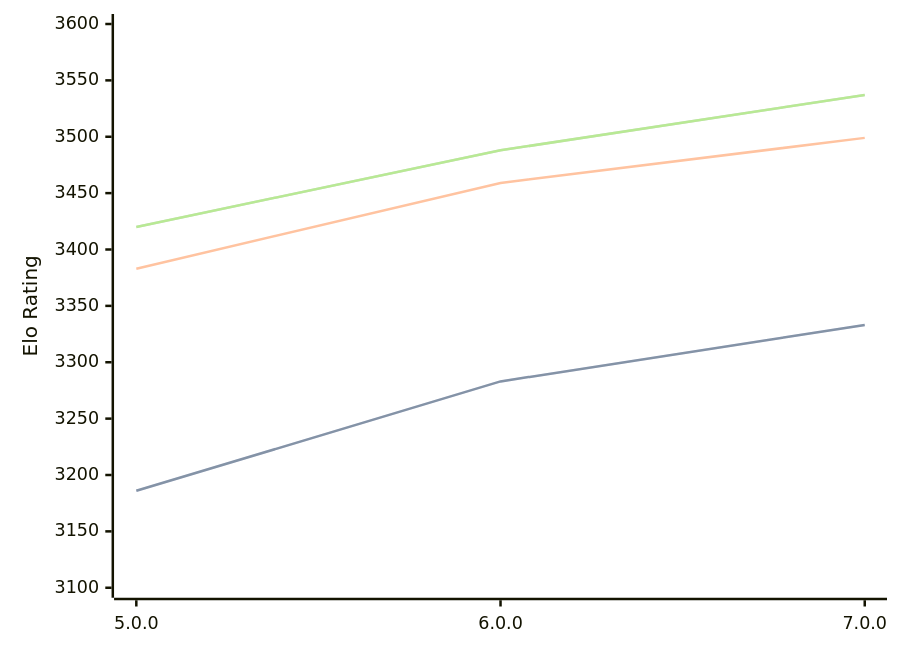
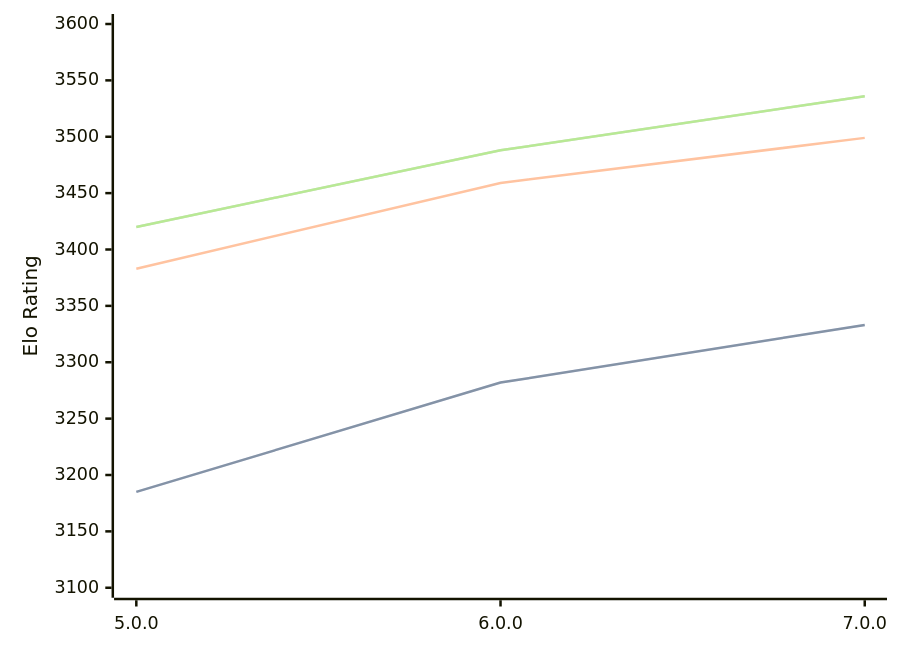
Before and after one commit to computer-chess-index/cci: the first of 3 diagrams in engines/Stormphrax.md, drawn with Mermaid. The commit also changed other lines of this file, not shown here.

Commit message:
Update CCI Ratings (ELO VLTC) - 2026-06-19

````diff
--- a/engines/Stormphrax.md
+++ b/engines/Stormphrax.md
@@ -38,11 +38,11 @@
 ```mermaid
 %%{init: {"theme":"base","themeVariables":{"seriesColors:['#a3a3a3','#222221','#faa371']}}}%%
 xychart-beta
   x-axis ["5.0.0", "6.0.0", "7.0.0"]
   y-axis "Elo Rating" 3100 --> 3600
-  line "STC (8.0+0.08s)" [3186, 3283, 3333]
-  line "STC (8.0+0.08s)" [3186, 3283, 3333]
+  line "STC (8.0+0.08s)" [3185, 3282, 3333]
+  line "STC (8.0+0.08s)" [3185, 3282, 3333]
   line "LTC (60.0+0.60s)" [3383, 3459, 3499]
-  line "VLTC (2m24s+1.12s)" [3420, 3488, 3537]
-  line "VLTC (2m24s+1.12s)" [3420, 3488, 3537]
+  line "VLTC (2m24s+1.12s)" [3420, 3488, 3536]
+  line "VLTC (2m24s+1.12s)" [3420, 3488, 3536]
 ```
````
